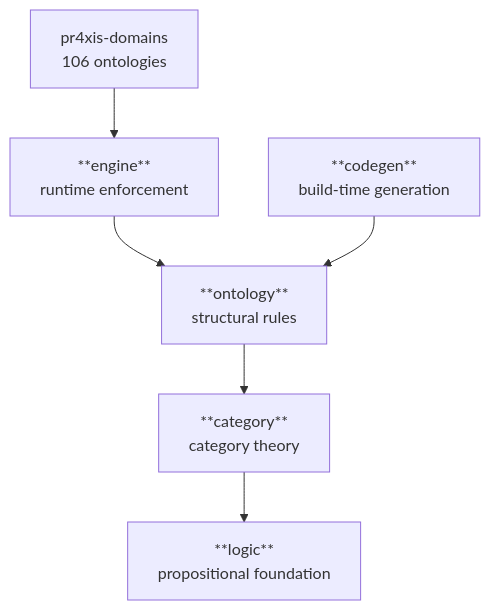
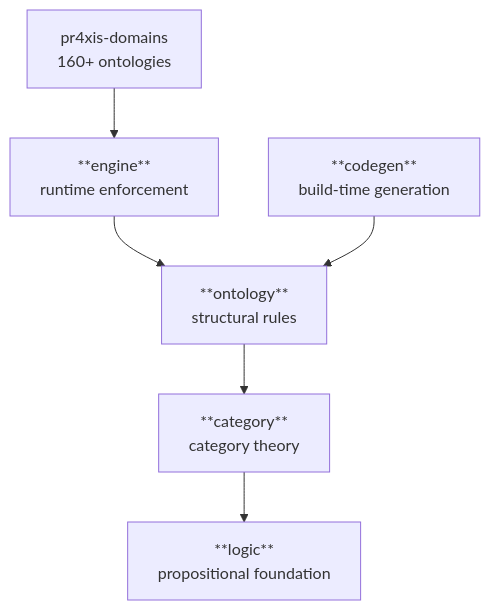
Before and after one commit to i-am-logger/pr4xis: the first of 3 diagrams in docs/understand/architecture.md, drawn with Mermaid. The commit also changed other lines of this file and 616 other files, not shown here.

````diff
--- a/docs/understand/architecture.md
+++ b/docs/understand/architecture.md
@@ -9,15 +9,15 @@
 ```mermaid
 graph TB
-    domains["pr4xis-domains<br/>106 ontologies"]
+    domains["pr4xis-domains<br/>160+ ontologies"]
     engine["**engine**<br/>runtime enforcement"]
     ontology["**ontology**<br/>structural rules"]
     category["**category**<br/>category theory"]
     logic["**logic**<br/>propositional foundation"]
     codegen["**codegen**<br/>build-time generation"]
 
     domains --> engine
     engine --> ontology
     ontology --> category
     category --> logic
     codegen --> ontology
 ```
````
